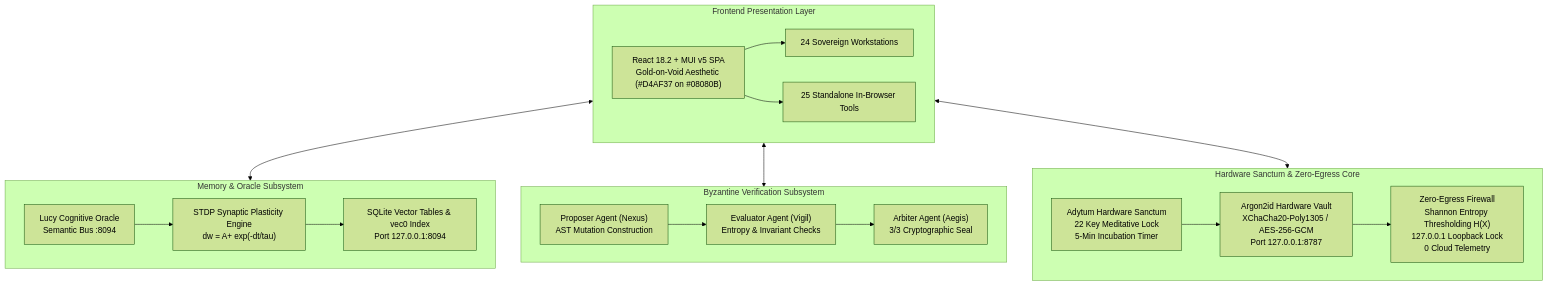
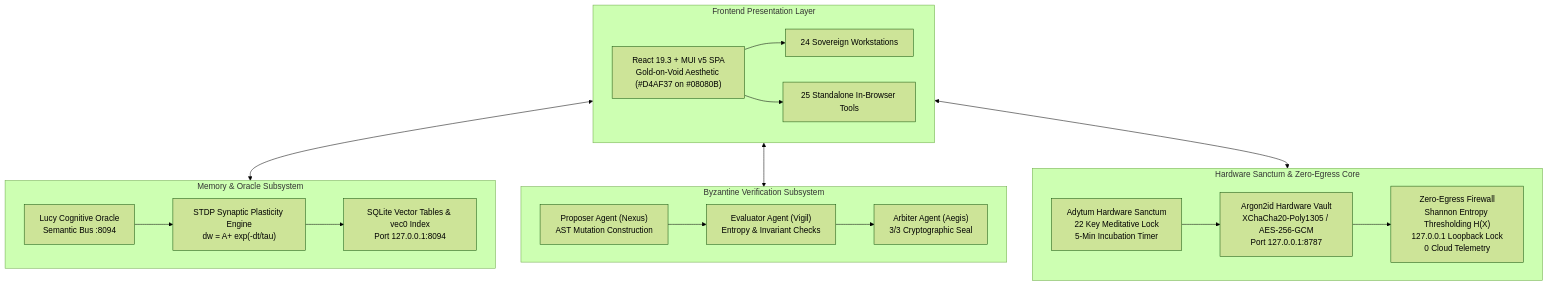
One commit to 1nc0gn30/zoth-studio-v2 changed the diagram in docs/ARCHITECTURE.md. Above: the diagram before and after it, drawn with Mermaid (forest theme). The commit also changed other lines of this file and 13 other files, not shown here.

````diff
--- a/docs/ARCHITECTURE.md
+++ b/docs/ARCHITECTURE.md
@@ -37,35 +37,35 @@
 ```mermaid
 flowchart TD
     subgraph UI_Layer["Frontend Presentation Layer"]
-        UI["React 18.2 + MUI v5 SPA<br/>Gold-on-Void Aesthetic (#D4AF37 on #08080B)"]
+        UI["React 19.3 + MUI v5 SPA<br/>Gold-on-Void Aesthetic (#D4AF37 on #08080B)"]
         WS["24 Sovereign Workstations"]
         Tools["25 Standalone In-Browser Tools"]
         UI --> WS
         UI --> Tools
     end
 
     subgraph Memory_Layer["Memory & Oracle Subsystem"]
         Lucy["Lucy Cognitive Oracle<br/>Semantic Bus :8094"]
         STDP["STDP Synaptic Plasticity Engine<br/>dw = A+ exp(-dt/tau)"]
         HNSW["SQLite Vector Tables & vec0 Index<br/>Port 127.0.0.1:8094"]
         Lucy --> STDP --> HNSW
     end
 
     subgraph Consensus_Layer["Byzantine Verification Subsystem"]
         Proposer["Proposer Agent (Nexus)<br/>AST Mutation Construction"]
         Evaluator["Evaluator Agent (Vigil)<br/>Entropy & Invariant Checks"]
         Arbiter["Arbiter Agent (Aegis)<br/>3/3 Cryptographic Seal"]
         Proposer --> Evaluator --> Arbiter
     end
 
     subgraph Security_Layer["Hardware Sanctum & Zero-Egress Core"]
         Adytum["Adytum Hardware Sanctum<br/>22 Key Meditative Lock<br/>5-Min Incubation Timer"]
         Vault["Argon2id Hardware Vault<br/>XChaCha20-Poly1305 / AES-256-GCM<br/>Port 127.0.0.1:8787"]
         Gate["Zero-Egress Firewall<br/>Shannon Entropy Thresholding H(X)<br/>127.0.0.1 Loopback Lock<br/>0 Cloud Telemetry"]
         Adytum --> Vault --> Gate
     end
 
     UI_Layer <--> Memory_Layer
     UI_Layer <--> Consensus_Layer
     UI_Layer <--> Security_Layer
 ```
````
